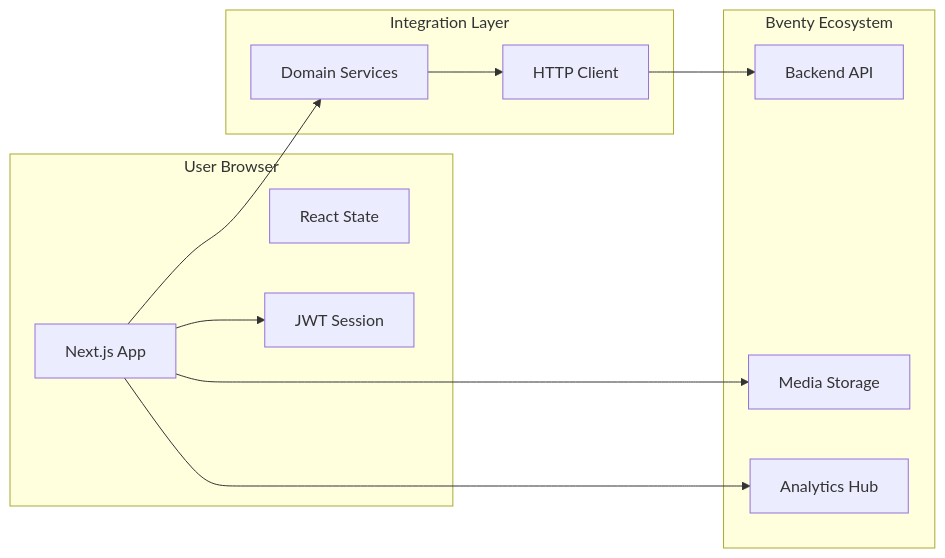
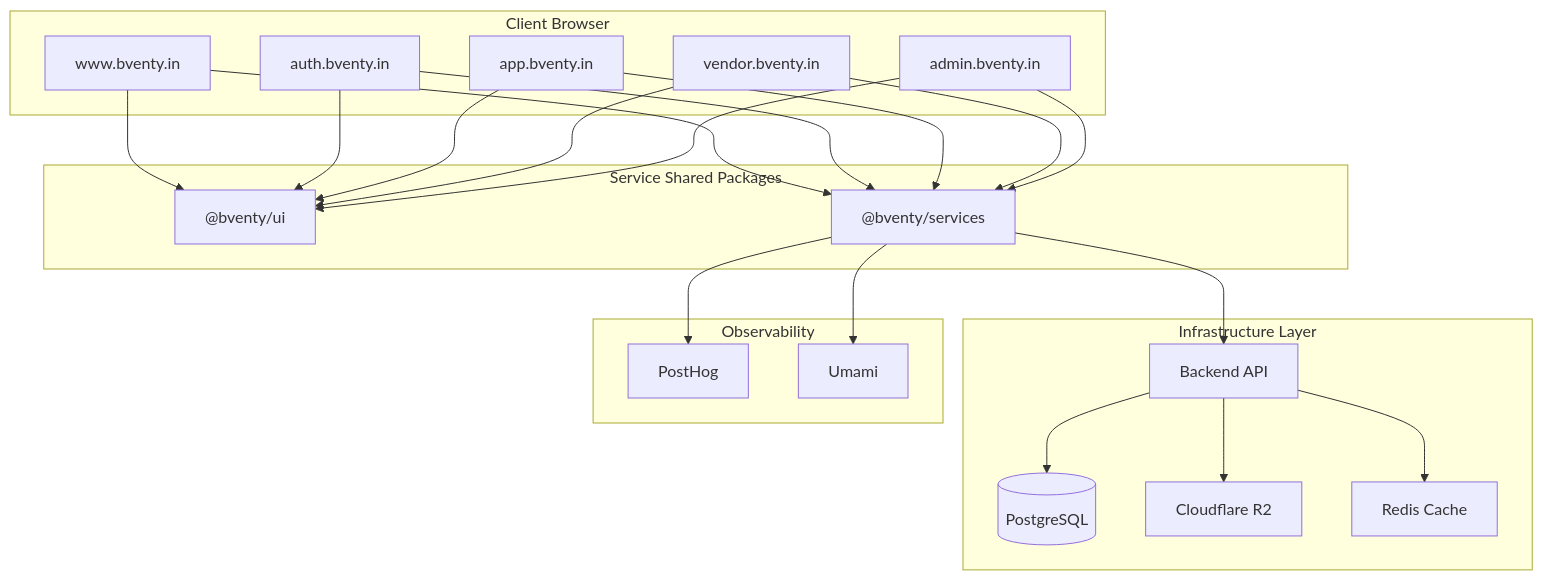
One commit to bventy/web changed the second of 2 diagrams in README.md. Above: the diagram before and after it, drawn with Mermaid. The commit also changed other lines of this file and 10 other files, not shown here.

Commit message:
Docs: comprehensive architecture update and vercel build optimization

````diff
--- a/README.md
+++ b/README.md
@@ -63,26 +63,36 @@
 ```mermaid
-graph LR
-    subgraph User Browser
-    App[Next.js App]
-    State[React State]
-    Auth[JWT Session]
+graph TD
+    subgraph Client Browser
+        WWW[www.bventy.in]
+        AUTH[auth.bventy.in]
+        APP[app.bventy.in]
+        VENDOR[vendor.bventy.in]
+        ADMIN[admin.bventy.in]
     end
-    
-    subgraph Integration Layer
-    Svc[Domain Services]
-    Axios[HTTP Client]
+
+    subgraph Service Shared Packages
+        UI["@bventy/ui"]
+        SVC["@bventy/services"]
     end
-    
-    subgraph Bventy Ecosystem
-    API[Backend API]
-    R2[Media Storage]
-    Track[Analytics Hub]
+
+    subgraph Infrastructure Layer
+        API[Backend API]
+        DB[(PostgreSQL)]
+        R2[Cloudflare R2]
+        KV[Redis Cache]
     end
-    
-    App --> Svc
-    Svc --> Axios
-    Axios --> API
-    App --> Auth
-    App --> R2
-    App --> Track
+
+    subgraph Observability
+        PH[PostHog]
+        UM[Umami]
+    end
+
+    WWW & AUTH & APP & VENDOR & ADMIN --> UI
+    WWW & AUTH & APP & VENDOR & ADMIN --> SVC
+    SVC --> API
+    API --> DB
+    API --> R2
+    API --> KV
+    SVC --> PH
+    SVC --> UM
 ```
````
